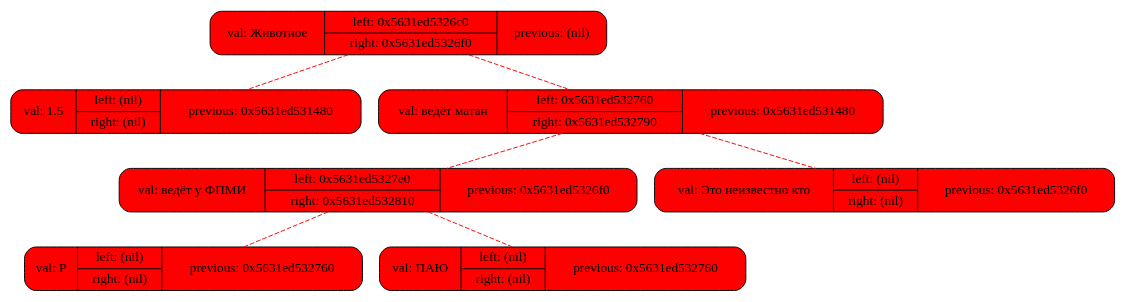
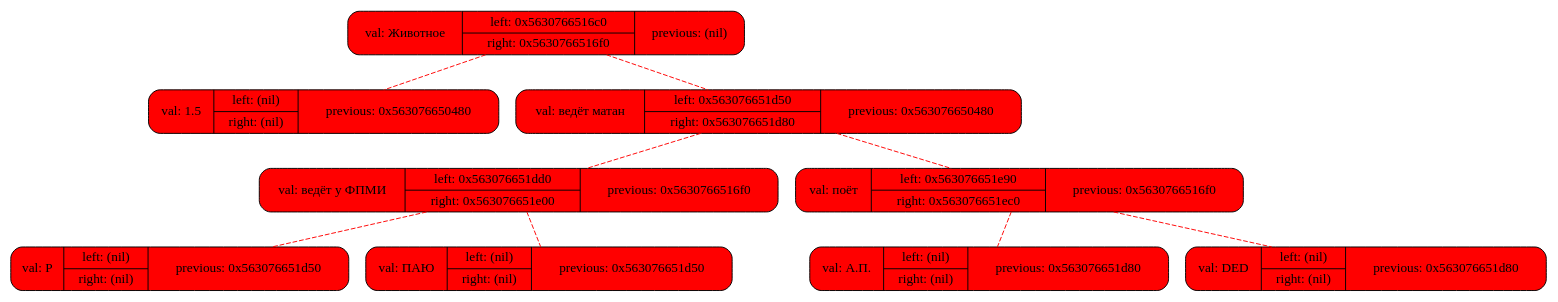
One commit to ThreadJava800/Akinator changed the diagram in temp.dot. Above: the diagram before and after it, drawn with Graphviz. The commit also changed 4 other files, not shown here.

```diff
--- a/temp.dot
+++ b/temp.dot
@@ -1,10 +1,12 @@
 digraph tree {
 	rankdir=HR;
-	label0x5631ed531480[shape=record, style="rounded, filled", fillcolor=red, label="{ {val: Животное | {left: 0x5631ed5326c0 | right: 0x5631ed5326f0} | previous: (nil) }}"];
-	label0x5631ed5326c0[shape=record, style="rounded, filled", fillcolor=red, label="{ {val: 1.5 | {left: (nil) | right: (nil)} | previous: 0x5631ed531480 }}"];
-	label0x5631ed531480->label0x5631ed5326c0 [color="red", style="dashed",arrowhead="none"]	label0x5631ed5326f0[shape=record, style="rounded, filled", fillcolor=red, label="{ {val: ведёт матан | {left: 0x5631ed532760 | right: 0x5631ed532790} | previous: 0x5631ed531480 }}"];
-	label0x5631ed531480->label0x5631ed5326f0 [color="red", style="dashed",arrowhead="none"]	label0x5631ed532760[shape=record, style="rounded, filled", fillcolor=red, label="{ {val: ведёт у ФПМИ | {left: 0x5631ed5327e0 | right: 0x5631ed532810} | previous: 0x5631ed5326f0 }}"];
-	label0x5631ed5326f0->label0x5631ed532760 [color="red", style="dashed",arrowhead="none"]	label0x5631ed5327e0[shape=record, style="rounded, filled", fillcolor=red, label="{ {val: P | {left: (nil) | right: (nil)} | previous: 0x5631ed532760 }}"];
-	label0x5631ed532760->label0x5631ed5327e0 [color="red", style="dashed",arrowhead="none"]	label0x5631ed532810[shape=record, style="rounded, filled", fillcolor=red, label="{ {val: ПАЮ | {left: (nil) | right: (nil)} | previous: 0x5631ed532760 }}"];
-	label0x5631ed532760->label0x5631ed532810 [color="red", style="dashed",arrowhead="none"]	label0x5631ed532790[shape=record, style="rounded, filled", fillcolor=red, label="{ {val: Это неизвестно кто | {left: (nil) | right: (nil)} | previous: 0x5631ed5326f0 }}"];
-	label0x5631ed5326f0->label0x5631ed532790 [color="red", style="dashed",arrowhead="none"]}
+	label0x563076650480[shape=record, style="rounded, filled", fillcolor=red, label="{ {val: Животное | {left: 0x5630766516c0 | right: 0x5630766516f0} | previous: (nil) }}"];
+	label0x5630766516c0[shape=record, style="rounded, filled", fillcolor=red, label="{ {val: 1.5 | {left: (nil) | right: (nil)} | previous: 0x563076650480 }}"];
+	label0x563076650480->label0x5630766516c0 [color="red", style="dashed",arrowhead="none"]	label0x5630766516f0[shape=record, style="rounded, filled", fillcolor=red, label="{ {val: ведёт матан | {left: 0x563076651d50 | right: 0x563076651d80} | previous: 0x563076650480 }}"];
+	label0x563076650480->label0x5630766516f0 [color="red", style="dashed",arrowhead="none"]	label0x563076651d50[shape=record, style="rounded, filled", fillcolor=red, label="{ {val: ведёт у ФПМИ | {left: 0x563076651dd0 | right: 0x563076651e00} | previous: 0x5630766516f0 }}"];
+	label0x5630766516f0->label0x563076651d50 [color="red", style="dashed",arrowhead="none"]	label0x563076651dd0[shape=record, style="rounded, filled", fillcolor=red, label="{ {val: P | {left: (nil) | right: (nil)} | previous: 0x563076651d50 }}"];
+	label0x563076651d50->label0x563076651dd0 [color="red", style="dashed",arrowhead="none"]	label0x563076651e00[shape=record, style="rounded, filled", fillcolor=red, label="{ {val: ПАЮ | {left: (nil) | right: (nil)} | previous: 0x563076651d50 }}"];
+	label0x563076651d50->label0x563076651e00 [color="red", style="dashed",arrowhead="none"]	label0x563076651d80[shape=record, style="rounded, filled", fillcolor=red, label="{ {val: поёт | {left: 0x563076651e90 | right: 0x563076651ec0} | previous: 0x5630766516f0 }}"];
+	label0x5630766516f0->label0x563076651d80 [color="red", style="dashed",arrowhead="none"]	label0x563076651e90[shape=record, style="rounded, filled", fillcolor=red, label="{ {val: А.П. | {left: (nil) | right: (nil)} | previous: 0x563076651d80 }}"];
+	label0x563076651d80->label0x563076651e90 [color="red", style="dashed",arrowhead="none"]	label0x563076651ec0[shape=record, style="rounded, filled", fillcolor=red, label="{ {val: DED | {left: (nil) | right: (nil)} | previous: 0x563076651d80 }}"];
+	label0x563076651d80->label0x563076651ec0 [color="red", style="dashed",arrowhead="none"]}
```
